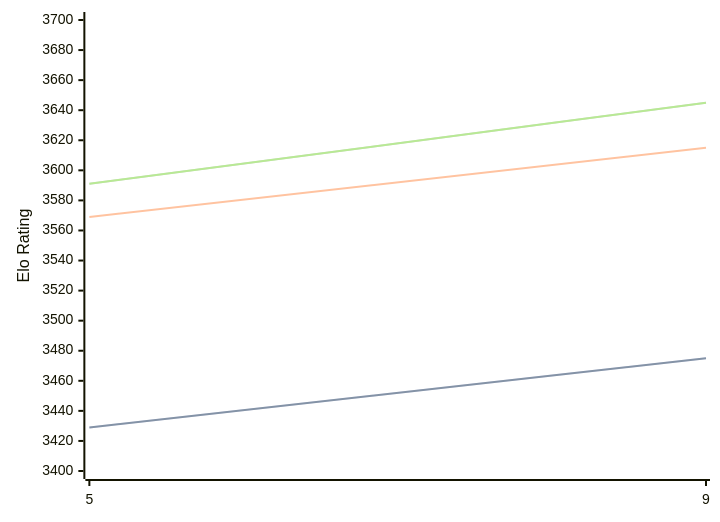
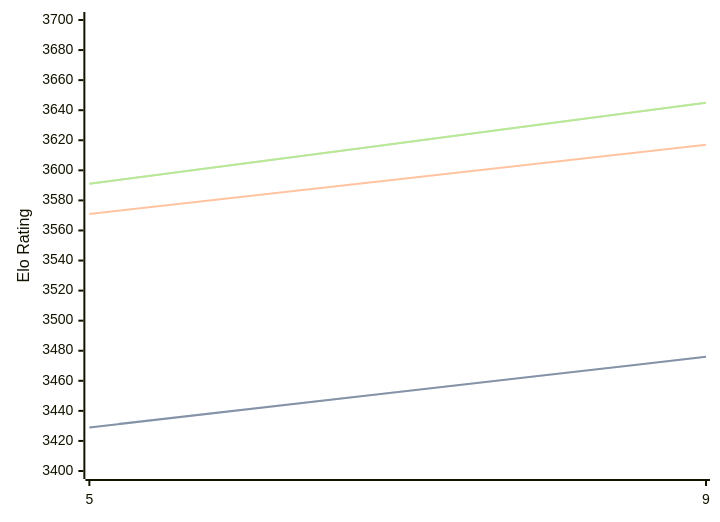
One commit to computer-chess-index/cci changed the diagram in engines/Crystal.md. Above: the diagram before and after it, drawn with Mermaid. The commit also changed other lines of this file, not shown here.

````diff
--- a/engines/Crystal.md
+++ b/engines/Crystal.md
@@ -60,11 +60,11 @@
 ```mermaid
 %%{init: {"theme":"base","themeVariables":{"seriesColors:['#a3a3a3','#222221','#faa371']}}}%%
 xychart-beta
   x-axis ["5", "9"]
   y-axis "Elo Rating" 3400 --> 3700
-  line "STC (8.0+0.08s)" [3429, 3475]
-  line "STC (8.0+0.08s)" [3429, 3475]
-  line "LTC (60.0+0.60s)" [3569, 3615]
+  line "STC (8.0+0.08s)" [3429, 3476]
+  line "STC (8.0+0.08s)" [3429, 3476]
+  line "LTC (60.0+0.60s)" [3571, 3617]
   line "VLTC (2m24s+1.12s)" [3591, 3645]
   line "VLTC (2m24s+1.12s)" [3591, 3645]
 ```
````
